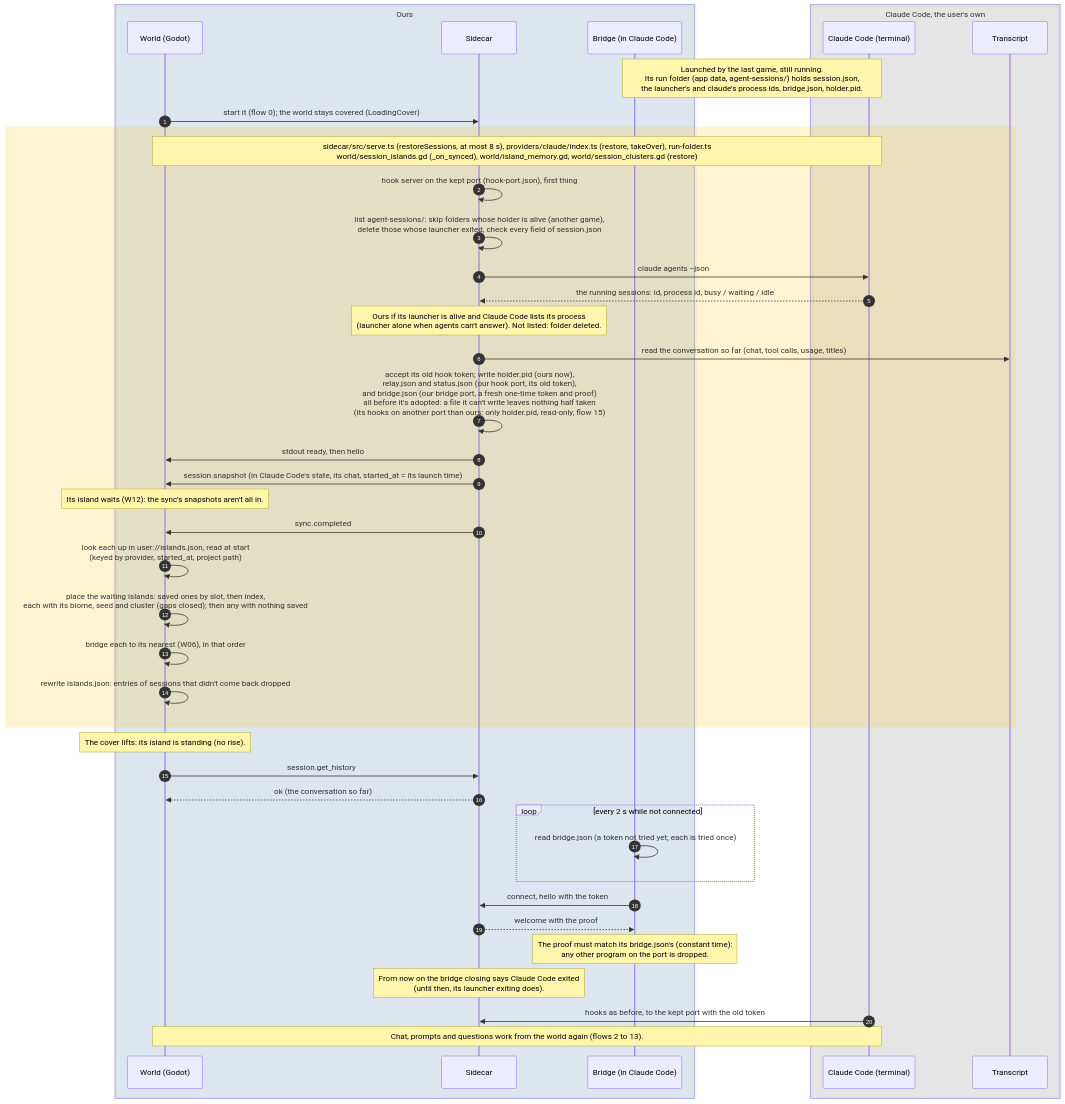
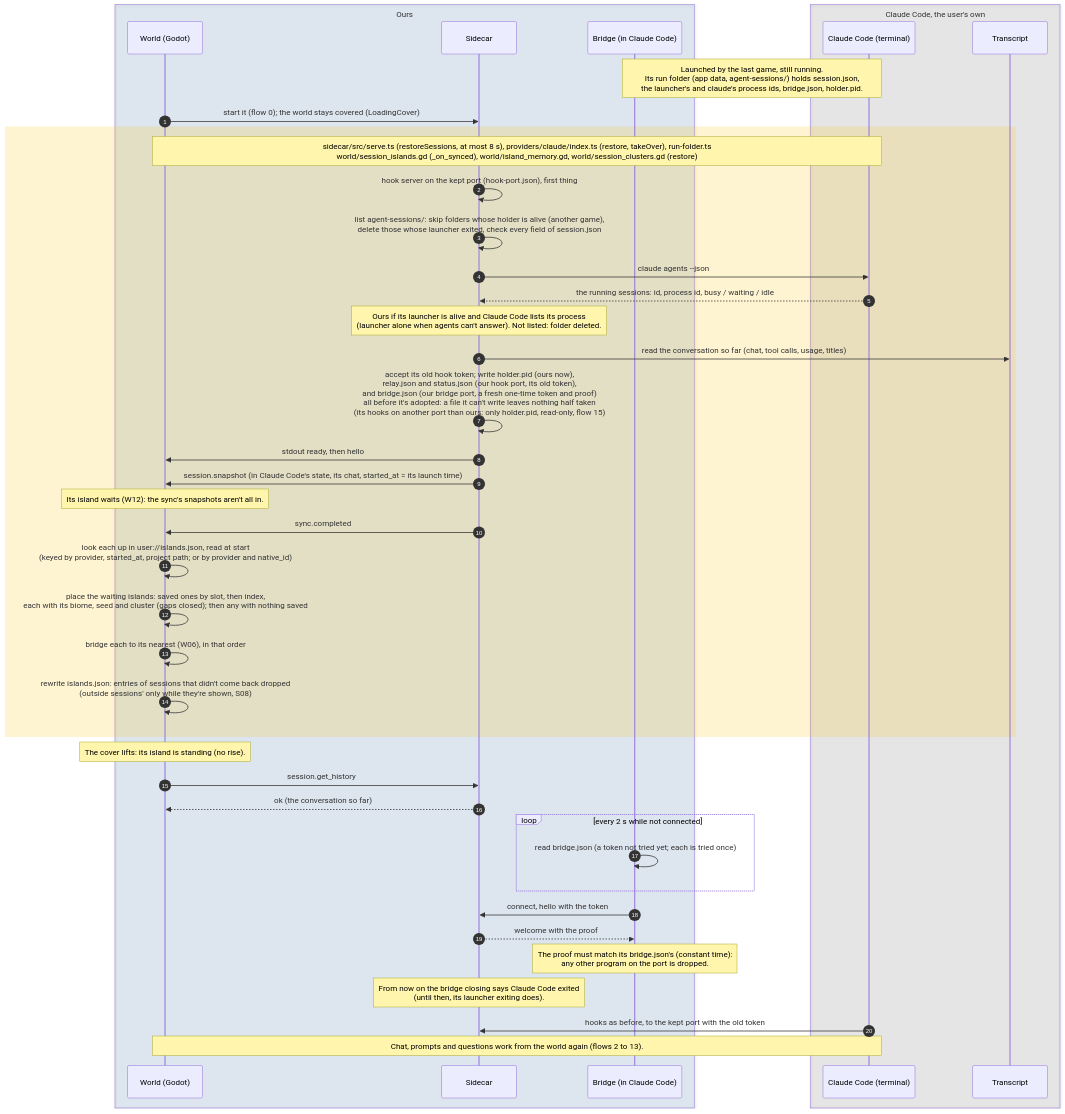
The diagram in docs/diagrams/sequence/14-reattach-after-restart.md (PaoloPortugal/The-Beach), drawn with Mermaid before and after one commit. The commit also changed 8 other files, not shown here.

Commit message:
S08 review fixes: privacy text matches outside entries kept (NOTES Private by default, What it keeps, C10, GUIDE), mid-game rise keeps biome and seed only (docs), outside_shown_by tested, a signal-ended claude not called a timeout, flows 14 and 16, open point for a failed first listing

````diff
--- a/docs/diagrams/sequence/14-reattach-after-restart.md
+++ b/docs/diagrams/sequence/14-reattach-after-restart.md
@@ -8,48 +8,48 @@
 ```mermaid
 sequenceDiagram
     autonumber
 
     box rgba(47,111,191,0.12) Ours
         participant World as World (Godot)
         participant Sidecar
         participant Bridge as Bridge (in Claude Code)
     end
 
     box rgba(128,128,128,0.14) Claude Code, the user's own
         participant Claude as Claude Code (terminal)
         participant Log as Transcript
     end
 
     Note over Claude,Bridge: Launched by the last game, still running.<br/>Its run folder (app data, agent-sessions/) holds session.json,<br/>the launcher's and claude's process ids, bridge.json, holder.pid.
     World->>Sidecar: start it (flow 0)#59; the world stays covered (LoadingCover)
     rect rgba(255,193,7,0.18)
         Note over World,Claude: sidecar/src/serve.ts (restoreSessions, at most 8 s), providers/claude/index.ts (restore, takeOver), run-folder.ts<br/>world/session_islands.gd (_on_synced), world/island_memory.gd, world/session_clusters.gd (restore)
         Sidecar->>Sidecar: hook server on the kept port (hook-port.json), first thing
         Sidecar->>Sidecar: list agent-sessions/: skip folders whose holder is alive (another game),<br/>delete those whose launcher exited, check every field of session.json
         Sidecar->>Claude: claude agents --json
         Claude-->>Sidecar: the running sessions: id, process id, busy / waiting / idle
         Note over Sidecar: Ours if its launcher is alive and Claude Code lists its process<br/>(launcher alone when agents can't answer). Not listed: folder deleted.
         Sidecar->>Log: read the conversation so far (chat, tool calls, usage, titles)
         Sidecar->>Sidecar: accept its old hook token#59; write holder.pid (ours now),<br/>relay.json and status.json (our hook port, its old token),<br/>and bridge.json (our bridge port, a fresh one-time token and proof)<br/>all before it's adopted: a file it can't write leaves nothing half taken<br/>(its hooks on another port than ours: only holder.pid, read-only, flow 15)
         Sidecar->>World: stdout ready, then hello
         Sidecar->>World: session.snapshot (in Claude Code's state, its chat, started_at = its launch time)
         Note over World: Its island waits (W12): the sync's snapshots aren't all in.
         Sidecar->>World: sync.completed
-        World->>World: look each up in user://islands.json, read at start<br/>(keyed by provider, started_at, project path)
+        World->>World: look each up in user://islands.json, read at start<br/>(keyed by provider, started_at, project path#59; or by provider and native_id)
         World->>World: place the waiting islands: saved ones by slot, then index,<br/>each with its biome, seed and cluster (gaps closed)#59; then any with nothing saved
         World->>World: bridge each to its nearest (W06), in that order
-        World->>World: rewrite islands.json: entries of sessions that didn't come back dropped
+        World->>World: rewrite islands.json: entries of sessions that didn't come back dropped<br/>(outside sessions' only while they're shown, S08)
     end
     Note over World: The cover lifts: its island is standing (no rise).
     World->>Sidecar: session.get_history
     Sidecar-->>World: ok (the conversation so far)
     loop every 2 s while not connected
         Bridge->>Bridge: read bridge.json (a token not tried yet#59; each is tried once)
     end
     Bridge->>Sidecar: connect, hello with the token
     Sidecar-->>Bridge: welcome with the proof
     Note over Bridge: The proof must match its bridge.json's (constant time):<br/>any other program on the port is dropped.
     Note over Sidecar: From now on the bridge closing says Claude Code exited<br/>(until then, its launcher exiting does).
     Claude->>Sidecar: hooks as before, to the kept port with the old token
     Note over World,Claude: Chat, prompts and questions work from the world again (flows 2 to 13).
 ```
````
